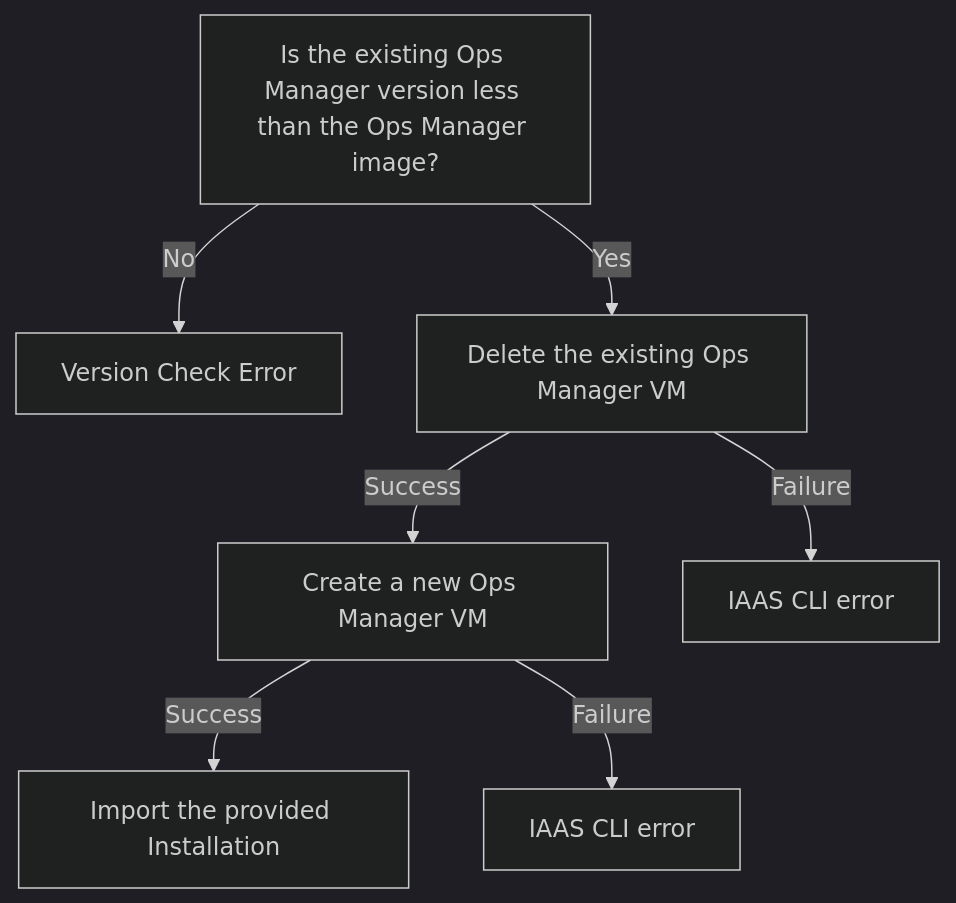
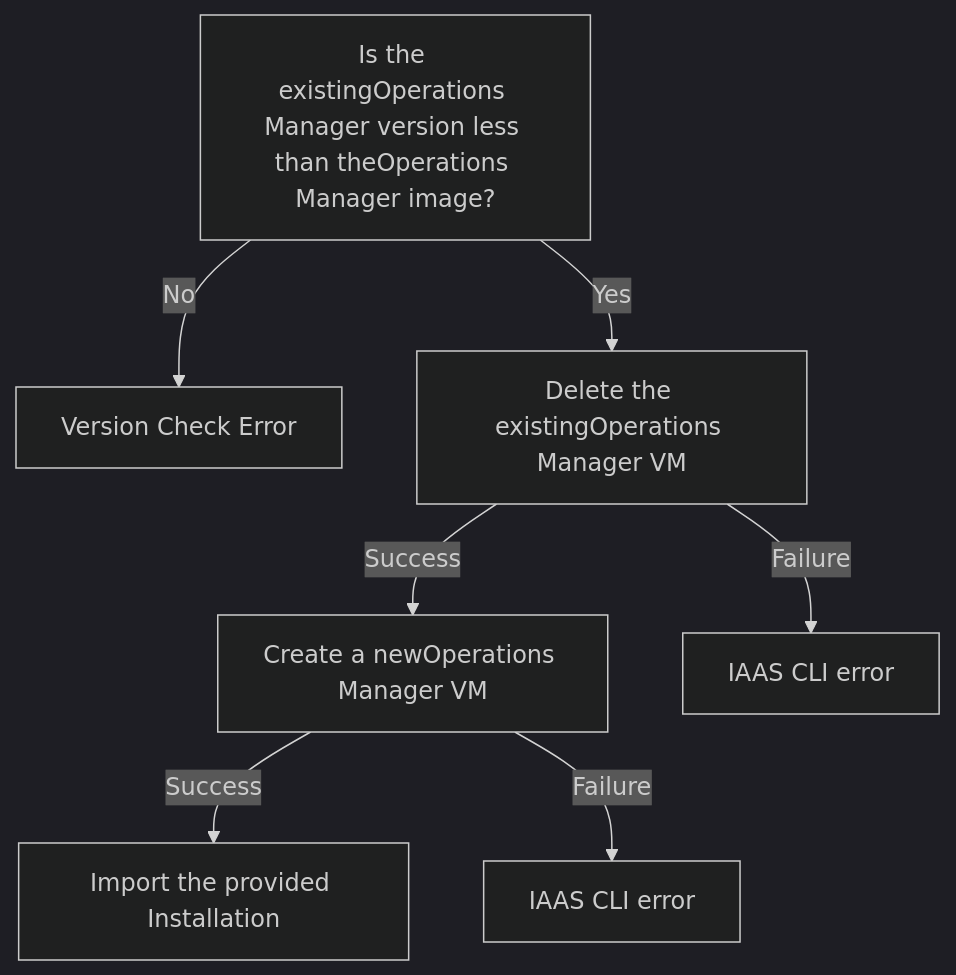
Before and after one commit to pivotal/docs-platform-automation: the diagram in docs/upgrade-flowchart.mmd, drawn with Mermaid (dark theme). The commit also changed 47 other files, not shown here.

Commit message:
update links and change to 'Operations Manager'

```diff
--- a/docs/upgrade-flowchart.mmd
+++ b/docs/upgrade-flowchart.mmd
@@ -1,16 +1,16 @@
 <div class="mermaid">
 graph TD;
-  versionChk[Is the existing Ops Manager version less than the Ops Manager image?];
+  versionChk[Is the existingOperations Manager version less than theOperations Manager image?];
   versionError[Version Check Error];
-  delete[Delete the existing Ops Manager VM];
-  create[Create a new Ops Manager VM];
+  delete[Delete the existingOperations Manager VM];
+  create[Create a newOperations Manager VM];
   iaasErr[IAAS CLI error];
   import[Import the provided Installation];
   iaasErr2[IAAS CLI error];
   versionChk -- No --> versionError;
   versionChk -- Yes --> delete;
   delete -- Success --> create;
   delete -- Failure --> iaasErr;
   create -- Success --> import ;
   create -- Failure --> iaasErr2;
 </div>
```
